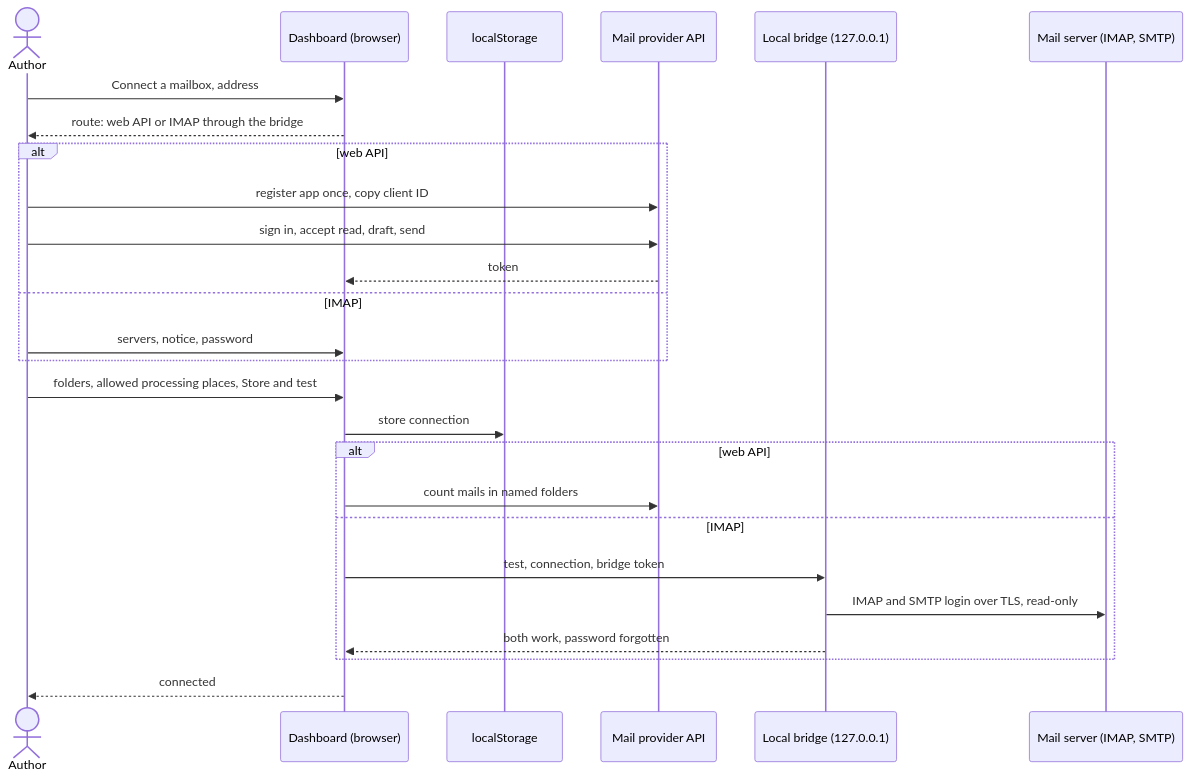
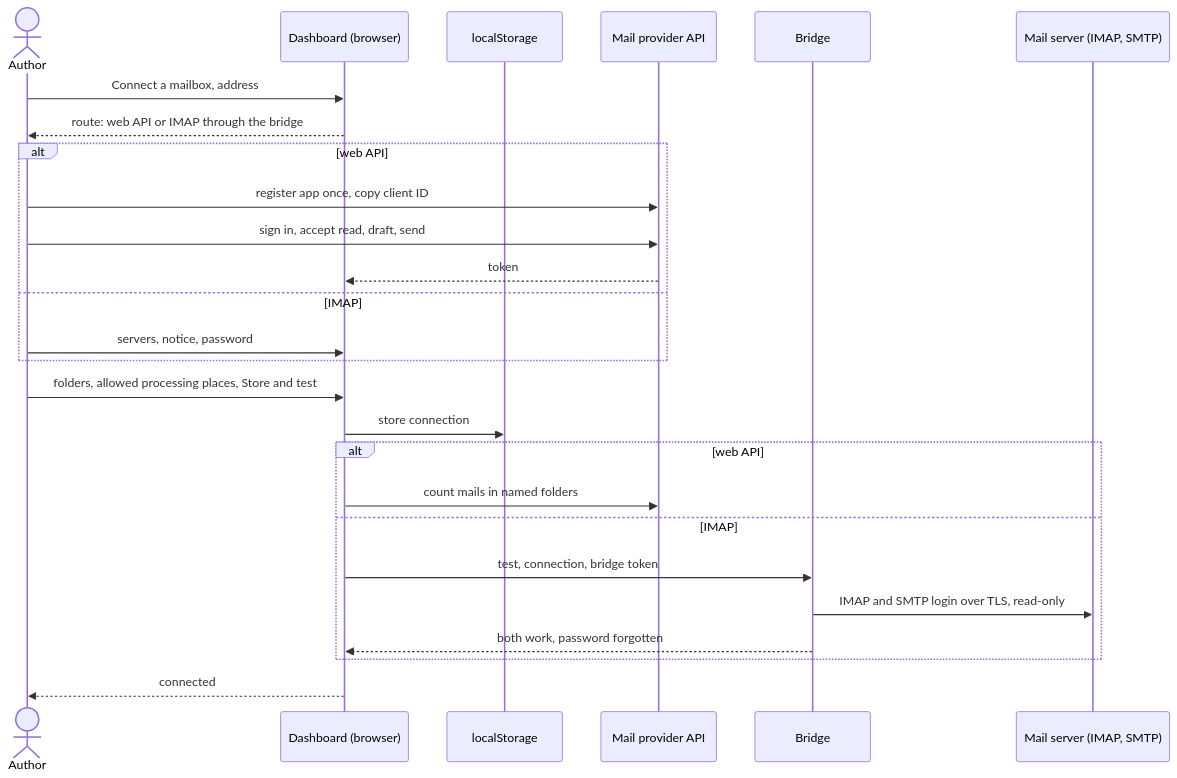
The diagram in docs/use-cases/UC-037-connect-a-mailbox.md (akmaier/agent-m), drawn with Mermaid before and after one commit. The commit also changed other lines of this file and 28 other files, not shown here.

````diff
--- a/docs/use-cases/UC-037-connect-a-mailbox.md
+++ b/docs/use-cases/UC-037-connect-a-mailbox.md
@@ -124,28 +130,28 @@
 ```mermaid
 sequenceDiagram
     actor A as Author
     participant D as Dashboard (browser)
     participant L as localStorage
     participant M as Mail provider API
-    participant B as Local bridge (127.0.0.1)
+    participant B as Bridge
     participant S as Mail server (IMAP, SMTP)
     A->>D: Connect a mailbox, address
     D-->>A: route: web API or IMAP through the bridge
     alt web API
         A->>M: register app once, copy client ID
         A->>M: sign in, accept read, draft, send
         M-->>D: token
     else IMAP
         A->>D: servers, notice, password
     end
     A->>D: folders, allowed processing places, Store and test
     D->>L: store connection
     alt web API
         D->>M: count mails in named folders
     else IMAP
         D->>B: test, connection, bridge token
         B->>S: IMAP and SMTP login over TLS, read-only
         B-->>D: both work, password forgotten
     end
     D-->>A: connected
 ```
````
